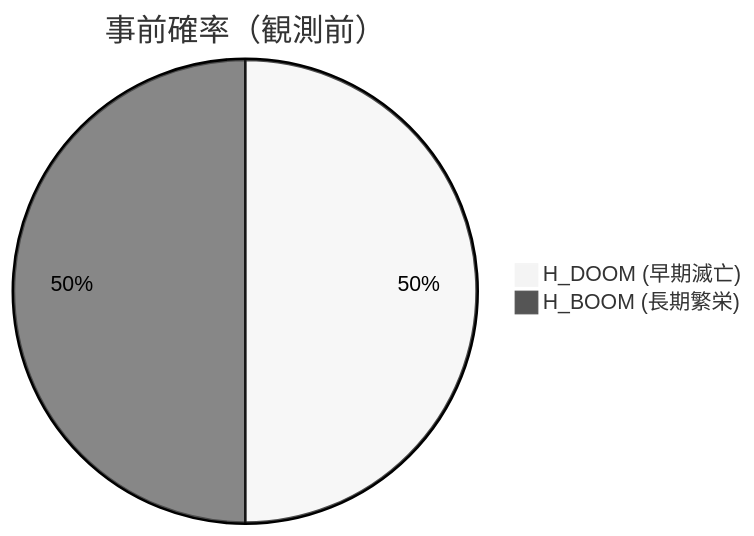
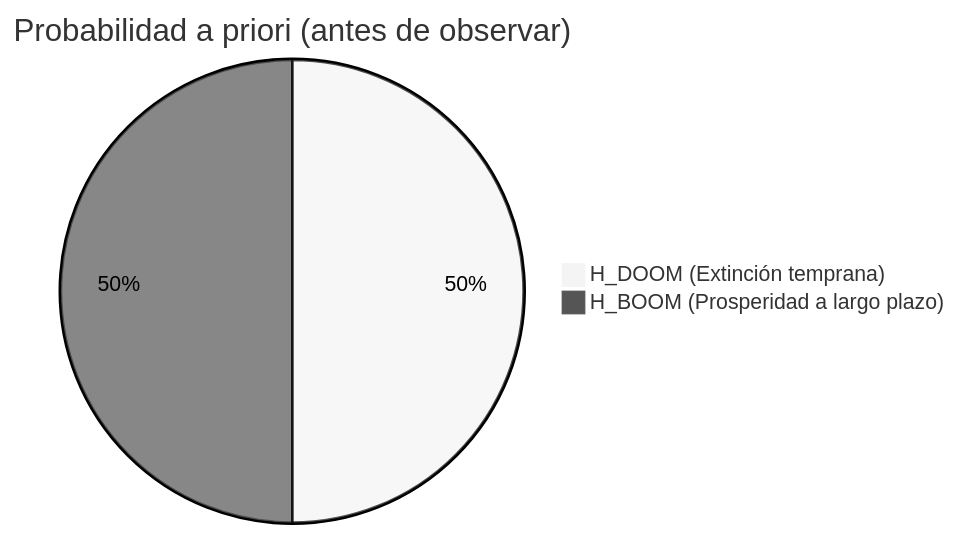
Before and after one commit to kenjinote/blog: the second of 5 diagrams in content/post/doomsday-argument/index.es.md, drawn with Mermaid (neutral theme). The commit also changed other lines of this file and 28 other files, not shown here.

Commit message:
Translate Japanese text inside Mermaid diagrams to respective languages

````diff
--- a/content/post/doomsday-argument/index.es.md
+++ b/content/post/doomsday-argument/index.es.md
@@ -109,6 +109,6 @@
 ```mermaid
 pie
-    title 事前確率（観測前）
-    "H_DOOM (早期滅亡)" : 50
-    "H_BOOM (長期繁栄)" : 50
+    title Probabilidad a priori (antes de observar)
+    "H_DOOM (Extinción temprana)" : 50
+    "H_BOOM (Prosperidad a largo plazo)" : 50
 ```
````
